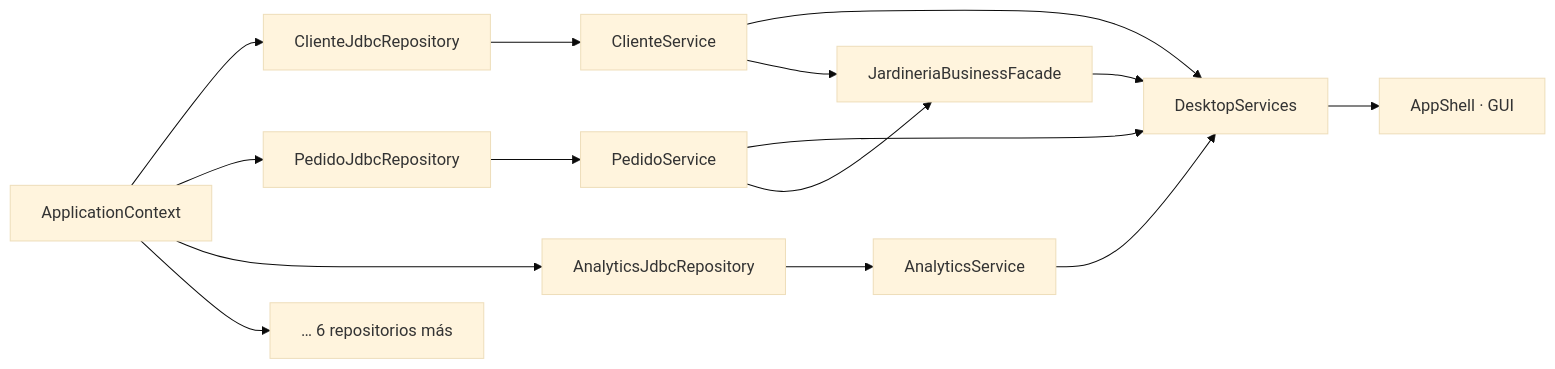
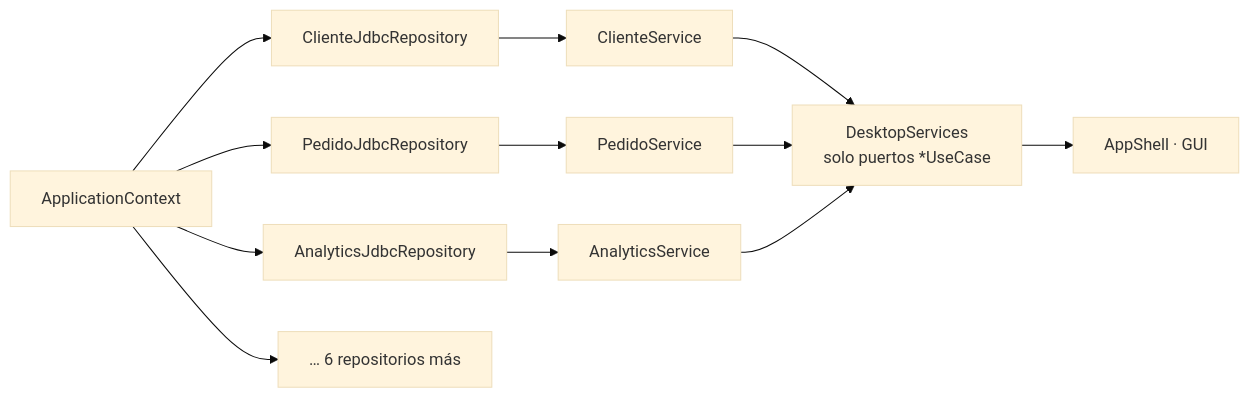
The second of 5 diagrams in docs/ARQUITECTURA.md (DEIMER-PY/gestion-db-jardineria), drawn with Mermaid (base theme) before and after one commit. The commit also changed other lines of this file and 4 other files, not shown here.

````diff
--- a/docs/ARQUITECTURA.md
+++ b/docs/ARQUITECTURA.md
@@ -62,14 +62,12 @@
 ```mermaid
 flowchart LR
     APPCTX[ApplicationContext] --> R1[ClienteJdbcRepository]
     APPCTX --> R2[PedidoJdbcRepository]
     APPCTX --> R3[AnalyticsJdbcRepository]
     APPCTX --> RN[… 6 repositorios más]
     R1 --> S1[ClienteService]
     R2 --> S2[PedidoService]
     R3 --> S3[AnalyticsService]
-    S1 & S2 & S3 --> DS[DesktopServices]
-    S1 & S2 --> F[JardineriaBusinessFacade]
-    F --> DS
+    S1 & S2 & S3 --> DS[DesktopServices<br/>solo puertos *UseCase]
     DS --> SHELL[AppShell · GUI]
 ```
````
